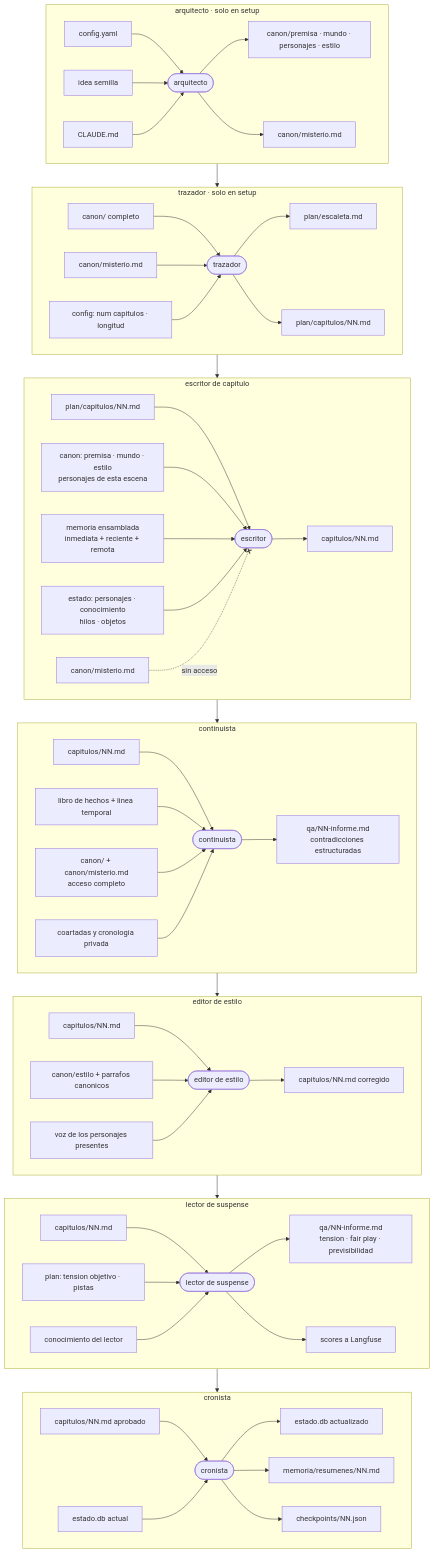
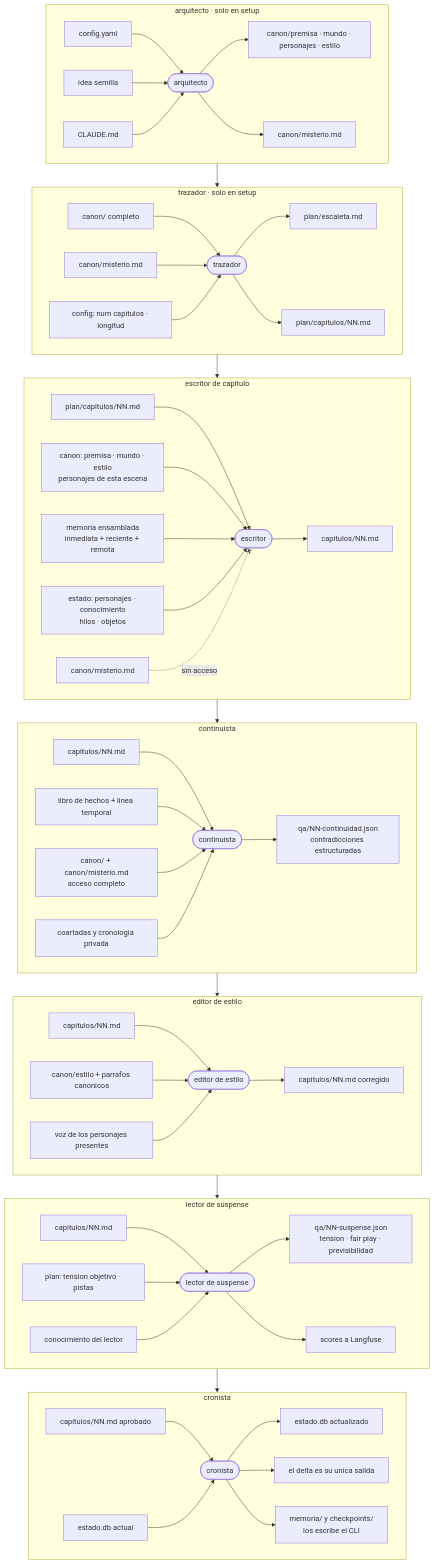
One commit to 4rtuz/story-maker changed the fifth of 6 diagrams in docs/domain-knowledge.md. Above: the diagram before and after it, drawn with Mermaid. The commit also changed other lines of this file and 11 other files, not shown here.

````diff
--- a/docs/domain-knowledge.md
+++ b/docs/domain-knowledge.md
@@ -273,67 +273,67 @@
 ```mermaid
 flowchart TB
     subgraph R1["arquitecto · solo en setup"]
         direction LR
         i1["config.yaml"] --> a1(["arquitecto"])
         i2["idea semilla"] --> a1
         i3["CLAUDE.md"] --> a1
         a1 --> o1["canon/premisa · mundo · personajes · estilo"]
         a1 --> o2["canon/misterio.md"]
     end
 
     subgraph R2["trazador · solo en setup"]
         direction LR
         i4["canon/ completo"] --> a2(["trazador"])
         i5["canon/misterio.md"] --> a2
         i6["config: num capitulos · longitud"] --> a2
         a2 --> o3["plan/escaleta.md"]
         a2 --> o4["plan/capitulos/NN.md"]
     end
 
     subgraph R3["escritor de capitulo"]
         direction LR
         i7["plan/capitulos/NN.md"] --> a3(["escritor"])
         i8["canon: premisa · mundo · estilo<br/>personajes de esta escena"] --> a3
         i9["memoria ensamblada<br/>inmediata + reciente + remota"] --> a3
         i10["estado: personajes · conocimiento<br/>hilos · objetos"] --> a3
         i11["canon/misterio.md"] -. "sin acceso" .-x a3
         a3 --> o5["capitulos/NN.md"]
     end
 
     subgraph R4["continuista"]
         direction LR
         i12["capitulos/NN.md"] --> a4(["continuista"])
         i13["libro de hechos + linea temporal"] --> a4
         i14["canon/ + canon/misterio.md<br/>acceso completo"] --> a4
         i15["coartadas y cronologia privada"] --> a4
-        a4 --> o6["qa/NN-informe.md<br/>contradicciones estructuradas"]
+        a4 --> o6["qa/NN-continuidad.json<br/>contradicciones estructuradas"]
     end
 
     subgraph R5["editor de estilo"]
         direction LR
         i16["capitulos/NN.md"] --> a5(["editor de estilo"])
         i17["canon/estilo + parrafos canonicos"] --> a5
         i18["voz de los personajes presentes"] --> a5
         a5 --> o7["capitulos/NN.md corregido"]
     end
 
     subgraph R6["lector de suspense"]
         direction LR
         i19["capitulos/NN.md"] --> a6(["lector de suspense"])
         i20["plan: tension objetivo · pistas"] --> a6
         i21["conocimiento del lector"] --> a6
-        a6 --> o8["qa/NN-informe.md<br/>tension · fair play · previsibilidad"]
+        a6 --> o8["qa/NN-suspense.json<br/>tension · fair play · previsibilidad"]
         a6 --> o9["scores a Langfuse"]
     end
 
     subgraph R7["cronista"]
         direction LR
         i22["capitulos/NN.md aprobado"] --> a7(["cronista"])
         i23["estado.db actual"] --> a7
         a7 --> o10["estado.db actualizado"]
-        a7 --> o11["memoria/resumenes/NN.md"]
-        a7 --> o12["checkpoints/NN.json"]
+        a7 --> o11["el delta es su unica salida"]
+        a7 --> o12["memoria/ y checkpoints/<br/>los escribe el CLI"]
     end
 
     R1 --> R2 --> R3 --> R4 --> R5 --> R6 --> R7
 ```
````
